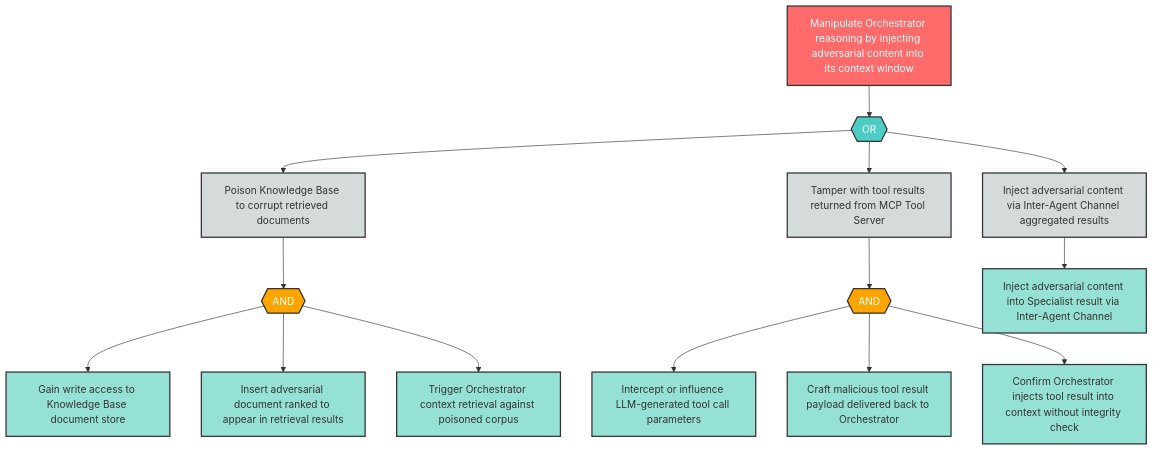
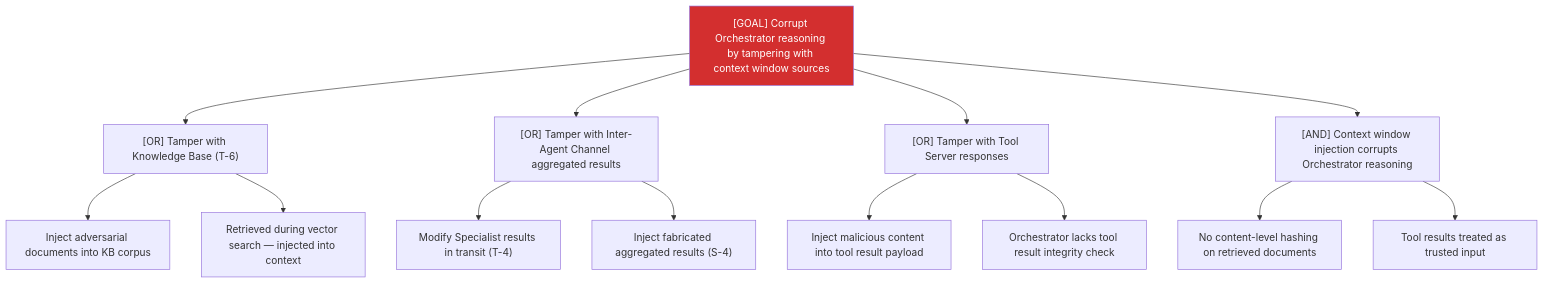
One commit to q-qp-p/davidmatousek-tachi changed the diagram in examples/agentic-app/sample-report/attack-trees/t-2-attack-tree.md. Above: the diagram before and after it, drawn with Mermaid. The commit also changed other lines of this file and 132 other files, not shown here.

````diff
--- a/examples/agentic-app/sample-report/attack-trees/t-2-attack-tree.md
+++ b/examples/agentic-app/sample-report/attack-trees/t-2-attack-tree.md
@@ -8,43 +7,18 @@
 ```mermaid
-flowchart TD
-    T2_root["Manipulate Orchestrator reasoning by injecting adversarial content into its context window"]
-    T2_or1{{"OR"}}
-    T2_sub1["Poison Knowledge Base to corrupt retrieved documents"]
-    T2_sub2["Tamper with tool results returned from MCP Tool Server"]
-    T2_sub3["Inject adversarial content via Inter-Agent Channel aggregated results"]
-    T2_and1{{"AND"}}
-    T2_leaf1["Gain write access to Knowledge Base document store"]
-    T2_leaf2["Insert adversarial document ranked to appear in retrieval results"]
-    T2_leaf3["Trigger Orchestrator context retrieval against poisoned corpus"]
-    T2_and2{{"AND"}}
-    T2_leaf4["Intercept or influence LLM-generated tool call parameters"]
-    T2_leaf5["Craft malicious tool result payload delivered back to Orchestrator"]
-    T2_leaf6["Confirm Orchestrator injects tool result into context without integrity check"]
-    T2_leaf7["Inject adversarial content into Specialist result via Inter-Agent Channel"]
-
-    T2_root --> T2_or1
-    T2_or1 --> T2_sub1
-    T2_or1 --> T2_sub2
-    T2_or1 --> T2_sub3
-    T2_sub1 --> T2_and1
-    T2_and1 --> T2_leaf1
-    T2_and1 --> T2_leaf2
-    T2_and1 --> T2_leaf3
-    T2_sub2 --> T2_and2
-    T2_and2 --> T2_leaf4
-    T2_and2 --> T2_leaf5
-    T2_and2 --> T2_leaf6
-    T2_sub3 --> T2_leaf7
-
-    classDef goal fill:#ff6b6b,stroke:#333,stroke-width:2px,color:#fff
-    classDef andGate fill:#ffa500,stroke:#333,stroke-width:2px,color:#fff
-    classDef orGate fill:#4ecdc4,stroke:#333,stroke-width:2px,color:#fff
-    classDef subGoal fill:#d5dbdb,stroke:#333,stroke-width:2px,color:#333
-    classDef leaf fill:#95e1d3,stroke:#333,stroke-width:2px,color:#333
-
-    class T2_root goal
-    class T2_or1 orGate
-    class T2_and1,T2_and2 andGate
-    class T2_sub1,T2_sub2,T2_sub3 subGoal
-    class T2_leaf1,T2_leaf2,T2_leaf3,T2_leaf4,T2_leaf5,T2_leaf6,T2_leaf7 leaf
+graph TD
+    Goal["[GOAL] Corrupt Orchestrator reasoning by tampering with context window sources"]
+    Goal --> A["[OR] Tamper with Knowledge Base (T-6)"]
+    A --> A1["Inject adversarial documents into KB corpus"]
+    A --> A2["Retrieved during vector search — injected into context"]
+    Goal --> B["[OR] Tamper with Inter-Agent Channel aggregated results"]
+    B --> B1["Modify Specialist results in transit (T-4)"]
+    B --> B2["Inject fabricated aggregated results (S-4)"]
+    Goal --> C["[OR] Tamper with Tool Server responses"]
+    C --> C1["Inject malicious content into tool result payload"]
+    C --> C2["Orchestrator lacks tool result integrity check"]
+    Goal --> D["[AND] Context window injection corrupts Orchestrator reasoning"]
+    D --> D1["No content-level hashing on retrieved documents"]
+    D --> D2["Tool results treated as trusted input"]
+    classDef critical fill:#d32f2f,color:#fff
+    class Goal critical
 ```
````
